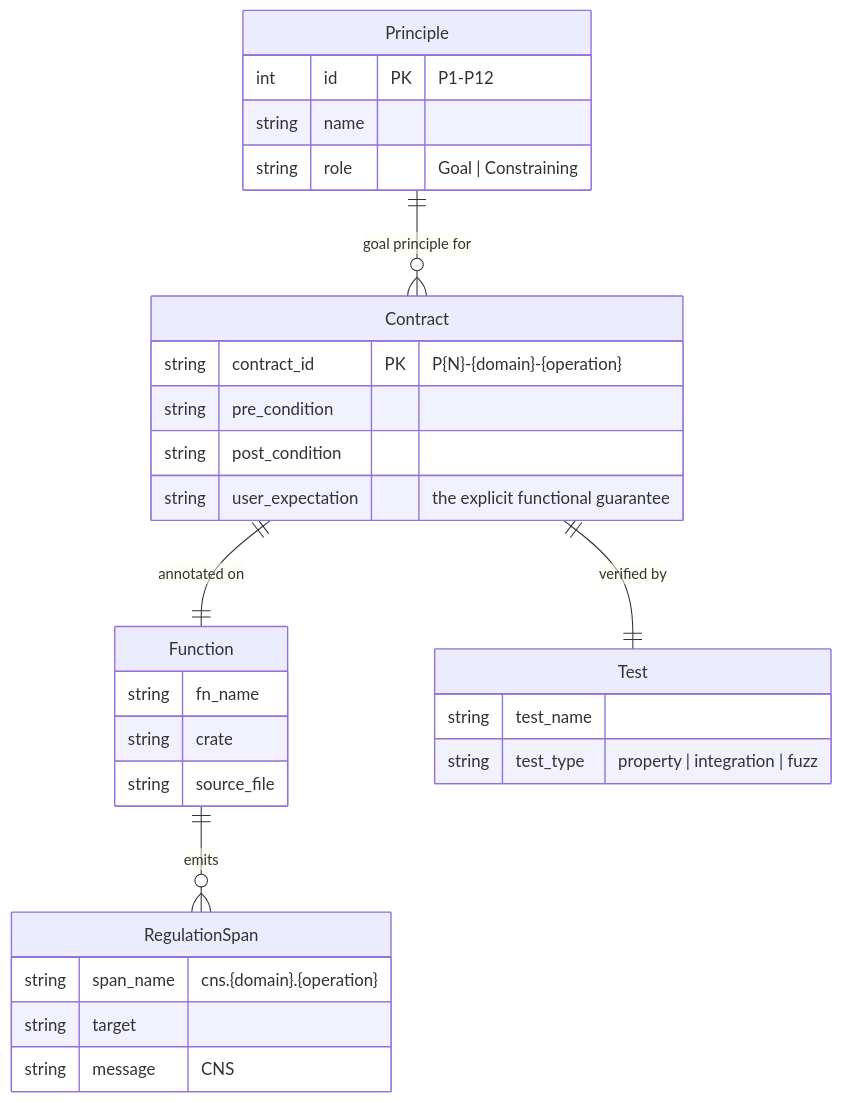
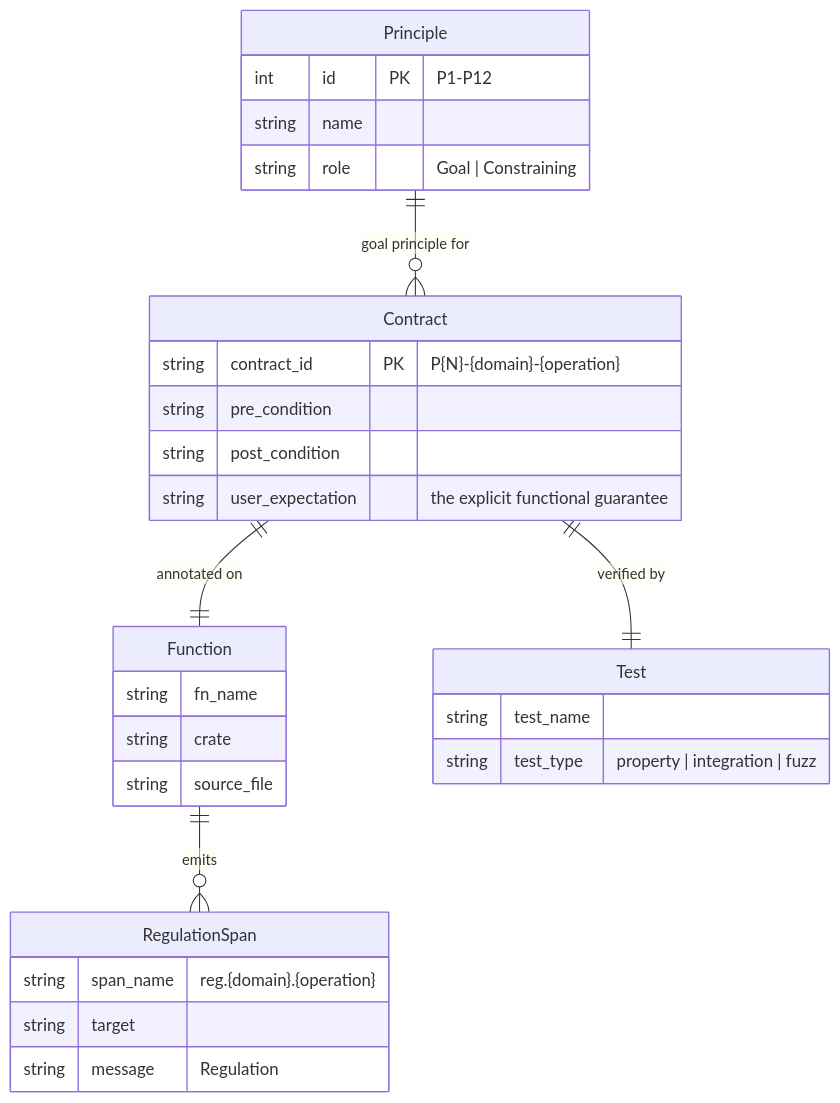
Diagram 14 of 14 in docs/architecture/core/FUNCTIONAL_SPECIFICATION.md (mdz-axo/hKask), drawn with Mermaid before and after one commit. The commit also changed other lines of this file and 68 other files, not shown here.

First line of the commit message:
Rename CNS to Regulation across docs

````diff
--- a/docs/architecture/core/FUNCTIONAL_SPECIFICATION.md
+++ b/docs/architecture/core/FUNCTIONAL_SPECIFICATION.md
@@ -1751,32 +1751,32 @@
 ```mermaid
 erDiagram
     Principle ||--o{ Contract : "goal principle for"
     Principle {
         int id PK "P1-P12"
         string name
         string role "Goal | Constraining"
     }
     Contract {
         string contract_id PK "P{N}-{domain}-{operation}"
         string pre_condition
         string post_condition
         string user_expectation "the explicit functional guarantee"
     }
     Contract ||--|| Function : "annotated on"
     Function {
         string fn_name
         string crate
         string source_file
     }
     Contract ||--|| Test : "verified by"
     Test {
         string test_name
         string test_type "property | integration | fuzz"
     }
     Function ||--o{ RegulationSpan : "emits"
     RegulationSpan {
-        string span_name "cns.{domain}.{operation}"
+        string span_name "reg.{domain}.{operation}"
         string target
-        string message "CNS"
+        string message "Regulation"
     }
 ```
````
